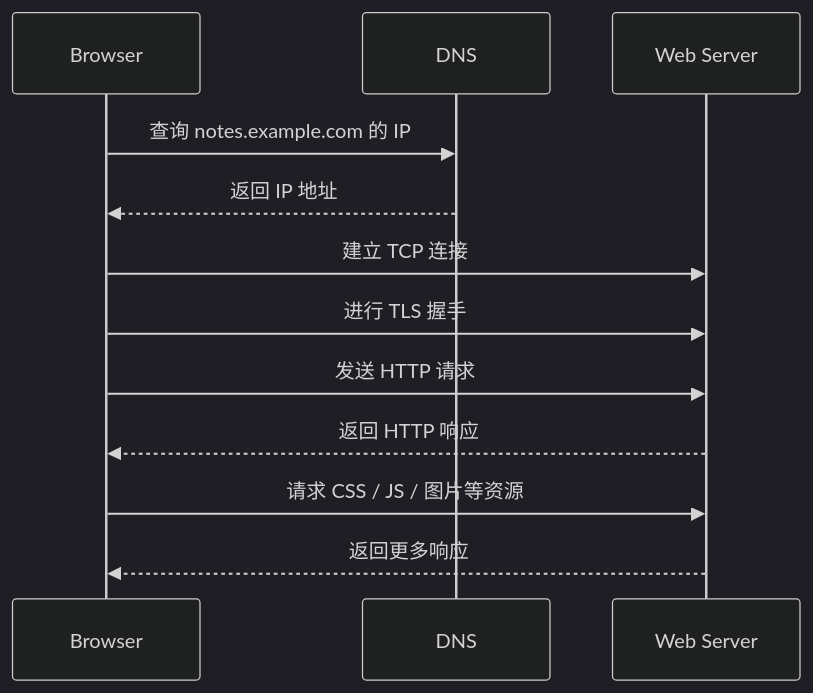
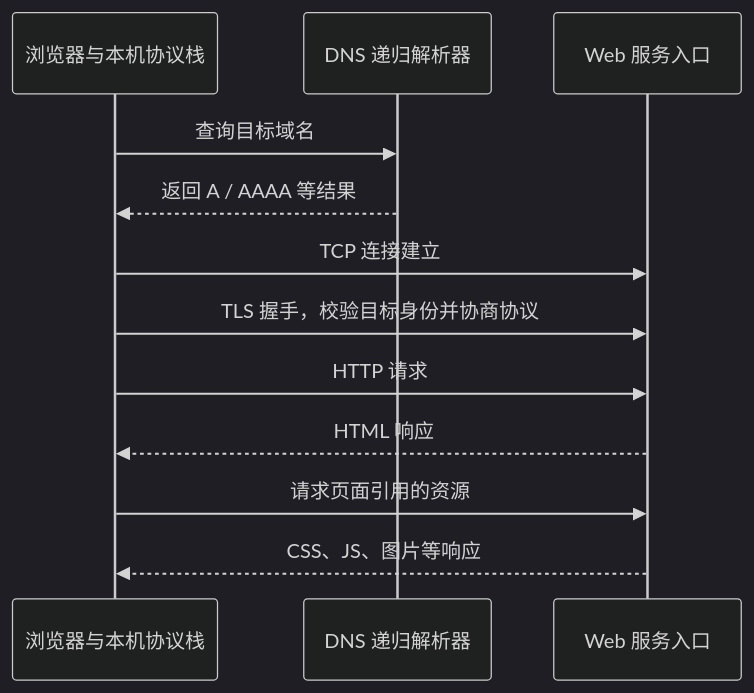
One commit to gsjz/notebook changed the diagram in docs/public/cs/web-network-basics.md. Above: the diagram before and after it, drawn with Mermaid (dark theme). The commit also changed other lines of this file and 23 other files, not shown here.

````diff
--- a/docs/public/cs/web-network-basics.md
+++ b/docs/public/cs/web-network-basics.md
@@ -38,14 +26,14 @@
 ```mermaid
 sequenceDiagram
-  participant B as Browser
-  participant D as DNS
-  participant S as Web Server
-  B->>D: 查询 notes.example.com 的 IP
-  D-->>B: 返回 IP 地址
-  B->>S: 建立 TCP 连接
-  B->>S: 进行 TLS 握手
-  B->>S: 发送 HTTP 请求
-  S-->>B: 返回 HTTP 响应
-  B->>S: 请求 CSS / JS / 图片等资源
-  S-->>B: 返回更多响应
+  participant B as 浏览器与本机协议栈
+  participant D as DNS 递归解析器
+  participant S as Web 服务入口
+  B->>D: 查询目标域名
+  D-->>B: 返回 A / AAAA 等结果
+  B->>S: TCP 连接建立
+  B->>S: TLS 握手，校验目标身份并协商协议
+  B->>S: HTTP 请求
+  S-->>B: HTML 响应
+  B->>S: 请求页面引用的资源
+  S-->>B: CSS、JS、图片等响应
 ```
````
